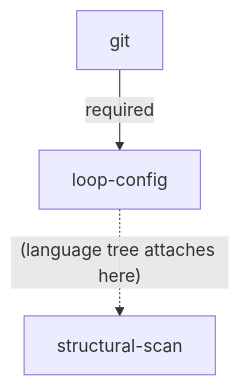
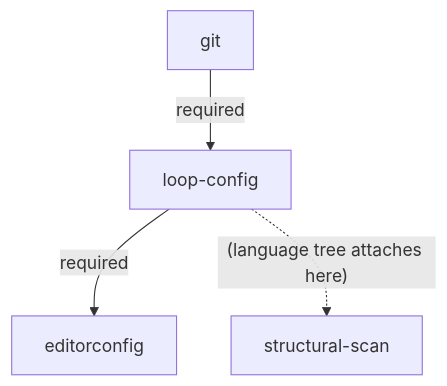
Before and after one commit to Art4/continuous-refactoring: the diagram in skills/refactor-scan/references/tooling-tree.md, drawn with Mermaid. The commit also changed other lines of this file and 3 other files, not shown here.

First line of the commit message:
fix(tooling-tree): editorconfig's required parent belongs in tooling-tree.md, not php-tooling-tree.md

````diff
--- a/skills/refactor-scan/references/tooling-tree.md
+++ b/skills/refactor-scan/references/tooling-tree.md
@@ -7,9 +7,11 @@
 ```mermaid
 graph TD
     git[git]
     lc[loop-config]
+    edc[editorconfig]
     ss[structural-scan]
 
     git -->|required| lc
+    lc -->|required| edc
     lc -.->|"(language tree attaches here)"| ss
 ```
````
